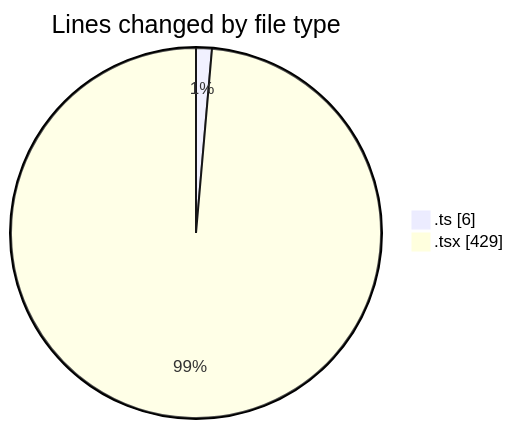
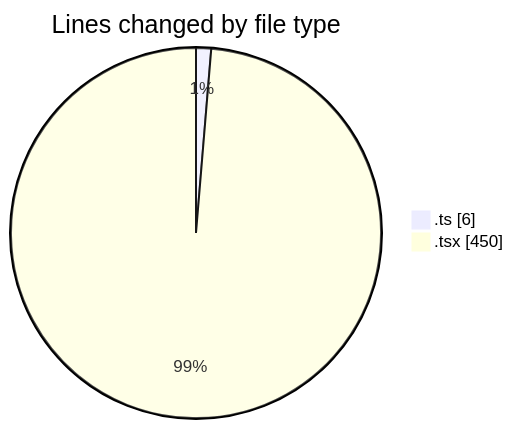
The first of 2 diagrams in 2025-07-01/cda/README.md (momahboobian/code-tracking), drawn with Mermaid before and after one commit. The commit also changed other lines of this file and 1 other file, not shown here.

````diff
--- a/2025-07-01/cda/README.md
+++ b/2025-07-01/cda/README.md
@@ -22,6 +22,6 @@
 ```mermaid
 pie showData
 title Lines changed by file type
 ".ts" : 6
-".tsx" : 429
+".tsx" : 450
 ```
````
